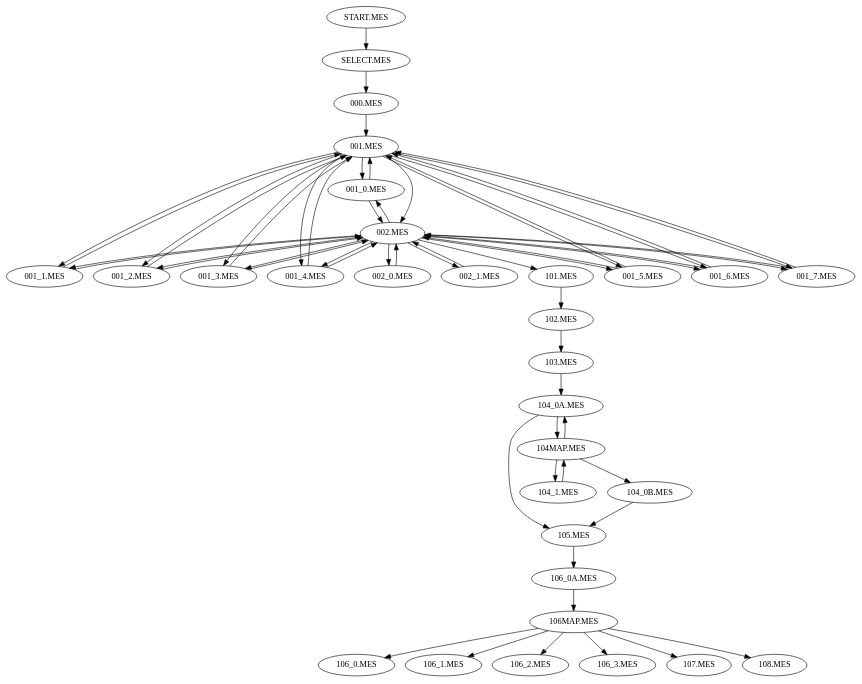
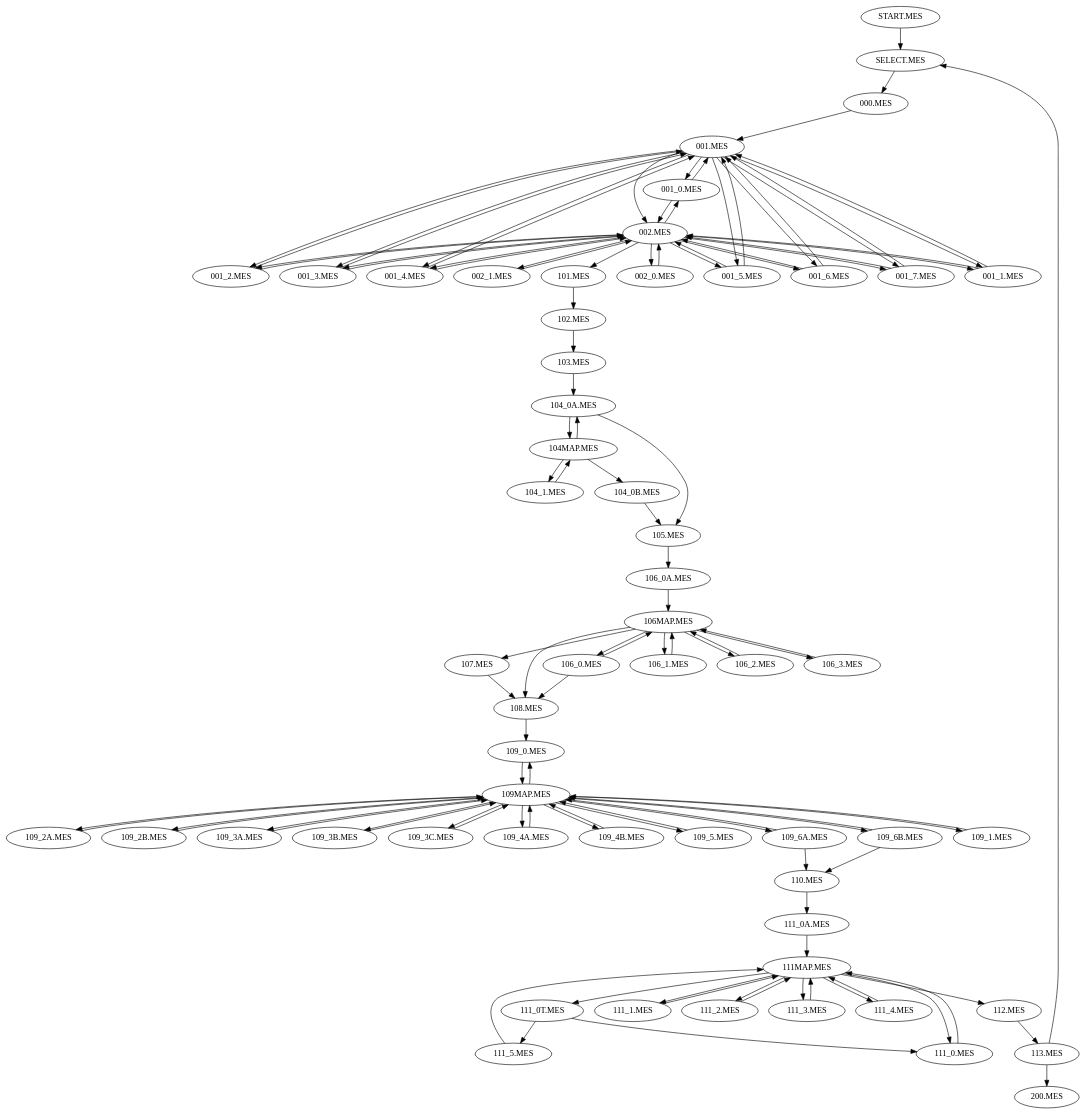
Before and after one commit to OPNA2608/ballade-for-maria-translation: the diagram in graphs/script-flow.dot, drawn with Graphviz. The commit also changed 1 other file, not shown here.

Commit message:
graphs/script-flow: Map up to 200.MES

```diff
--- a/graphs/script-flow.dot
+++ b/graphs/script-flow.dot
@@ -1,83 +1,167 @@
 digraph {
   "START.MES" -> "SELECT.MES"
   "SELECT.MES" -> "000.MES"
   "000.MES" -> "001.MES"
 
   "001.MES" -> "001_0.MES"
   "001.MES" -> "001_1.MES"
   "001.MES" -> "001_2.MES"
   "001.MES" -> "001_3.MES"
   "001.MES" -> "001_4.MES"
   "001.MES" -> "001_5.MES"
   "001.MES" -> "001_6.MES"
   "001.MES" -> "001_7.MES"
   "001.MES" -> "002.MES"
 
   "001_0.MES" -> "001.MES"
   "001_0.MES" -> "002.MES"
 
   "001_1.MES" -> "001.MES"
   "001_1.MES" -> "002.MES"
 
   "001_2.MES" -> "001.MES"
   "001_2.MES" -> "002.MES"
 
   "001_3.MES" -> "001.MES"
   "001_3.MES" -> "002.MES"
 
   "001_4.MES" -> "001.MES"
   "001_4.MES" -> "002.MES"
 
   "001_5.MES" -> "001.MES"
   "001_5.MES" -> "002.MES"
 
   "001_6.MES" -> "001.MES"
   "001_6.MES" -> "002.MES"
 
   "001_7.MES" -> "001.MES"
   "001_7.MES" -> "002.MES"
 
   "002.MES" -> "001_0.MES"
   "002.MES" -> "001_1.MES"
   "002.MES" -> "001_2.MES"
   "002.MES" -> "001_3.MES"
   "002.MES" -> "001_4.MES"
   "002.MES" -> "001_5.MES"
   "002.MES" -> "001_6.MES"
   "002.MES" -> "001_7.MES"
   "002.MES" -> "002_0.MES"
   "002.MES" -> "002_1.MES"
   "002.MES" -> "101.MES"
 
   "002_0.MES" -> "002.MES"
 
   "002_1.MES" -> "002.MES"
 
   "101.MES" -> "102.MES"
 
   "102.MES" -> "103.MES"
 
   "103.MES" -> "104_0A.MES"
 
   "104_0A.MES" -> "104MAP.MES"
   "104_0A.MES" -> "105.MES"
 
   "104MAP.MES" -> "104_0A.MES"
   "104MAP.MES" -> "104_0B.MES"
   "104MAP.MES" -> "104_1.MES"
 
   "104_0B.MES" -> "105.MES"
 
   "104_1.MES" -> "104MAP.MES"
 
   "105.MES" -> "106_0A.MES"
 
   "106_0A.MES" -> "106MAP.MES"
 
   "106MAP.MES" -> "106_0.MES"
   "106MAP.MES" -> "106_1.MES"
   "106MAP.MES" -> "106_2.MES"
   "106MAP.MES" -> "106_3.MES"
   "106MAP.MES" -> "107.MES"
   "106MAP.MES" -> "108.MES"
+
+  "106_0.MES" -> "106MAP.MES"
+  "106_0.MES" -> "108.MES"
+
+  "106_1.MES" -> "106MAP.MES"
+
+  "106_2.MES" -> "106MAP.MES"
+
+  "106_3.MES" -> "106MAP.MES"
+
+  "107.MES" -> "108.MES"
+
+  "108.MES" -> "109_0.MES"
+
+  "109_0.MES" -> "109MAP.MES"
+
+  "109MAP.MES" -> "109_0.MES"
+  "109MAP.MES" -> "109_1.MES"
+  "109MAP.MES" -> "109_2A.MES"
+  "109MAP.MES" -> "109_2B.MES"
+  "109MAP.MES" -> "109_3A.MES"
+  "109MAP.MES" -> "109_3B.MES"
+  "109MAP.MES" -> "109_3C.MES"
+  "109MAP.MES" -> "109_4A.MES"
+  "109MAP.MES" -> "109_4B.MES"
+  "109MAP.MES" -> "109_5.MES"
+  "109MAP.MES" -> "109_6A.MES"
+  "109MAP.MES" -> "109_6B.MES"
+
+  "109_1.MES" -> "109MAP.MES"
+
+  "109_2A.MES" -> "109MAP.MES"
+
+  "109_2B.MES" -> "109MAP.MES"
+
+  "109_3A.MES" -> "109MAP.MES"
+
+  "109_3B.MES" -> "109MAP.MES"
+
+  "109_3C.MES" -> "109MAP.MES"
+
+  "109_4A.MES" -> "109MAP.MES"
+
+  "109_4B.MES" -> "109MAP.MES"
+
+  "109_5.MES" -> "109MAP.MES"
+
+  "109_6A.MES" -> "109MAP.MES"
+  "109_6A.MES" -> "110.MES"
+
+  "109_6B.MES" -> "109MAP.MES"
+  "109_6B.MES" -> "110.MES"
+
+  "110.MES" -> "111_0A.MES"
+
+  "111_0A.MES" -> "111MAP.MES"
+
+  "111MAP.MES" -> "111_0.MES"
+  "111MAP.MES" -> "111_0T.MES"
+  "111MAP.MES" -> "111_1.MES"
+  "111MAP.MES" -> "111_2.MES"
+  "111MAP.MES" -> "111_3.MES"
+  "111MAP.MES" -> "111_4.MES"
+  "111MAP.MES" -> "112.MES"
+
+  "111_0.MES" -> "111MAP.MES"
+
+  "111_0T.MES" -> "111_0.MES"
+  "111_0T.MES" -> "111_5.MES"
+
+  "111_1.MES" -> "111MAP.MES"
+
+  "111_2.MES" -> "111MAP.MES"
+
+  "111_3.MES" -> "111MAP.MES"
+
+  "111_4.MES" -> "111MAP.MES"
+
+  "111_5.MES" -> "111MAP.MES"
+
+  "112.MES" -> "113.MES"
+
+  "113.MES" -> "200.MES"
+  "113.MES" -> "SELECT.MES"
 }
```
